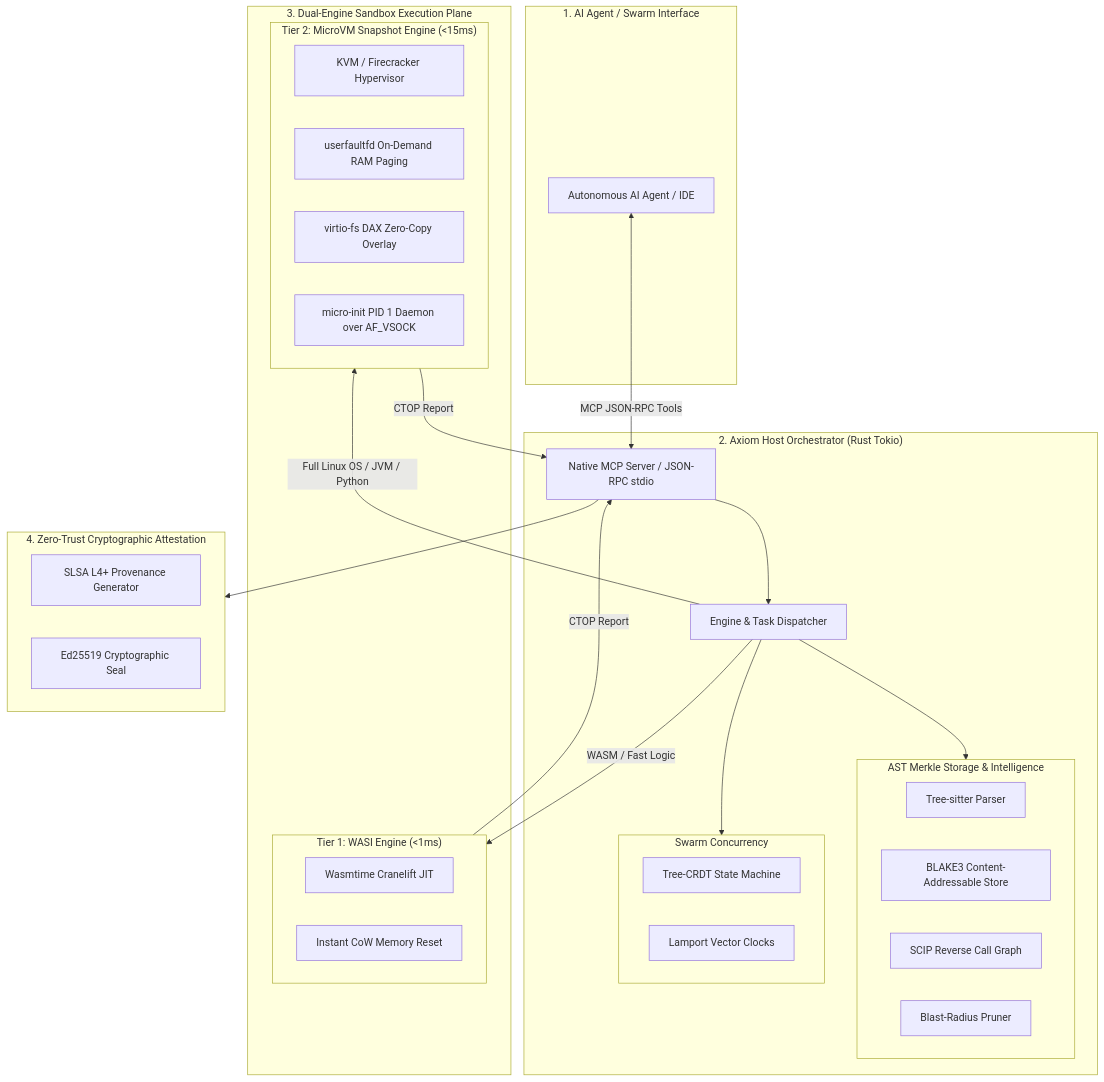
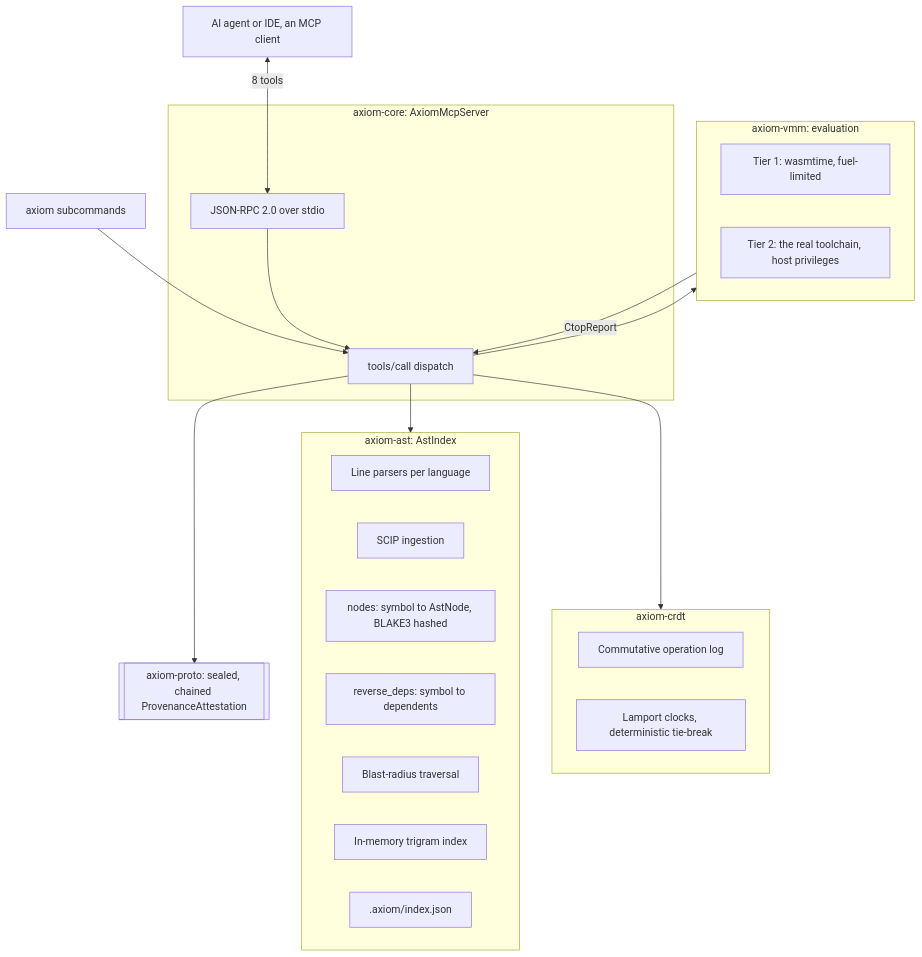
Before and after one commit to PIsberg/axiom: the diagram in docs/ARCHITECTURE.md, drawn with Mermaid. The commit also changed other lines of this file and 14 other files, not shown here.

````diff
--- a/docs/ARCHITECTURE.md
+++ b/docs/ARCHITECTURE.md
@@ -63,52 +37,41 @@
 ```mermaid
 flowchart TB
-    subgraph ClientLayer ["1. AI Agent / Swarm Interface"]
-        Agent[Autonomous AI Agent / IDE]
+    Agent[AI agent or IDE, an MCP client]
+    CLI[axiom subcommands]
+
+    subgraph Server ["axiom-core: AxiomMcpServer"]
+        MCP[JSON-RPC 2.0 over stdio]
+        Dispatch[tools/call dispatch]
     end
 
-    subgraph HostGateway ["2. Axiom Host Orchestrator (Rust Tokio)"]
-        MCP[Native MCP Server / JSON-RPC stdio]
-        Router[Engine & Task Dispatcher]
-        
-        subgraph ASTStore ["AST Merkle Storage & Intelligence"]
-            TS[Tree-sitter Parser]
-            CAS[BLAKE3 Content-Addressable Store]
-            Graph[SCIP Reverse Call Graph]
-            Blast[Blast-Radius Pruner]
-        end
-
-        subgraph SwarmSync ["Swarm Concurrency"]
-            CRDT[Tree-CRDT State Machine]
-            Lamport[Lamport Vector Clocks]
-        end
+    subgraph Ast ["axiom-ast: AstIndex"]
+        Parse[Line parsers per language]
+        Scip[SCIP ingestion]
+        Nodes[nodes: symbol to AstNode, BLAKE3 hashed]
+        Rev[reverse_deps: symbol to dependents]
+        Blast[Blast-radius traversal]
+        Zoekt[In-memory trigram index]
+        Disk[".axiom/index.json"]
     end
 
-    subgraph ExecPlane ["3. Dual-Engine Sandbox Execution Plane"]
-        subgraph Tier1 ["Tier 1: WASI Engine (<1ms)"]
-            Wasmtime[Wasmtime Cranelift JIT]
-            MemReset[Instant CoW Memory Reset]
-        end
-
-        subgraph Tier2 ["Tier 2: MicroVM Snapshot Engine (<15ms)"]
-            KVM[KVM / Firecracker Hypervisor]
-            UFFD[userfaultfd On-Demand RAM Paging]
-            VirtioFS[virtio-fs DAX Zero-Copy Overlay]
-            GuestDaemon[micro-init PID 1 Daemon over AF_VSOCK]
-        end
+    subgraph Vmm ["axiom-vmm: evaluation"]
+        T1["Tier 1: wasmtime, fuel-limited"]
+        T2["Tier 2: the real toolchain, host privileges"]
     end
 
-    subgraph SecurityPlane ["4. Zero-Trust Cryptographic Attestation"]
-        Attest[SLSA L4+ Provenance Generator]
-        Signer[Ed25519 Cryptographic Seal]
+    subgraph Crdt ["axiom-crdt"]
+        Ops[Commutative operation log]
+        Lamport[Lamport clocks, deterministic tie-break]
     end
 
-    Agent <-->|MCP JSON-RPC Tools| MCP
-    MCP --> Router
-    Router --> ASTStore
-    Router --> SwarmSync
-    Router -->|WASM / Fast Logic| Tier1
-    Router -->|Full Linux OS / JVM / Python| Tier2
-    Tier1 -->|CTOP Report| MCP
-    Tier2 -->|CTOP Report| MCP
-    MCP --> SecurityPlane
+    Prov[["axiom-proto: sealed, chained ProvenanceAttestation"]]
+
+    Agent <-->|8 tools| MCP
+    CLI --> Dispatch
+    MCP --> Dispatch
+    Dispatch --> Ast
+    Dispatch --> Vmm
+    Dispatch --> Crdt
+    Vmm -->|CtopReport| Dispatch
+    Dispatch --> Prov
 ```
````
